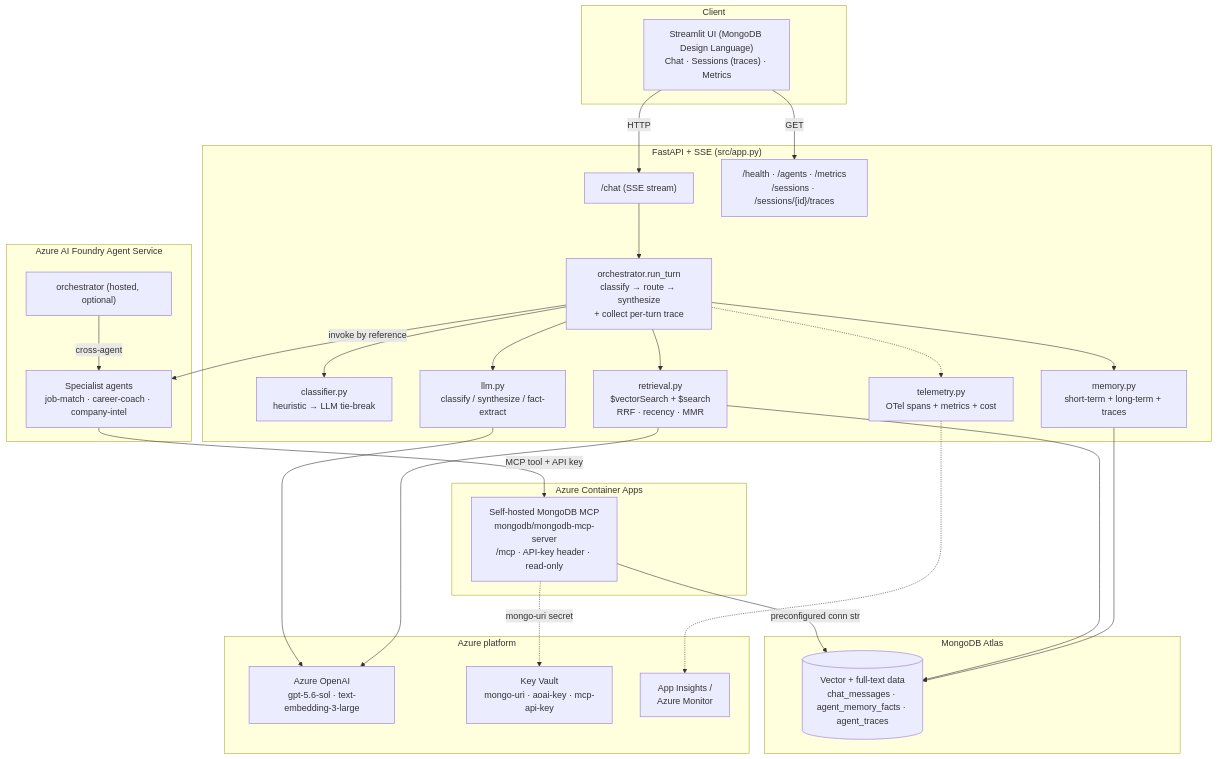
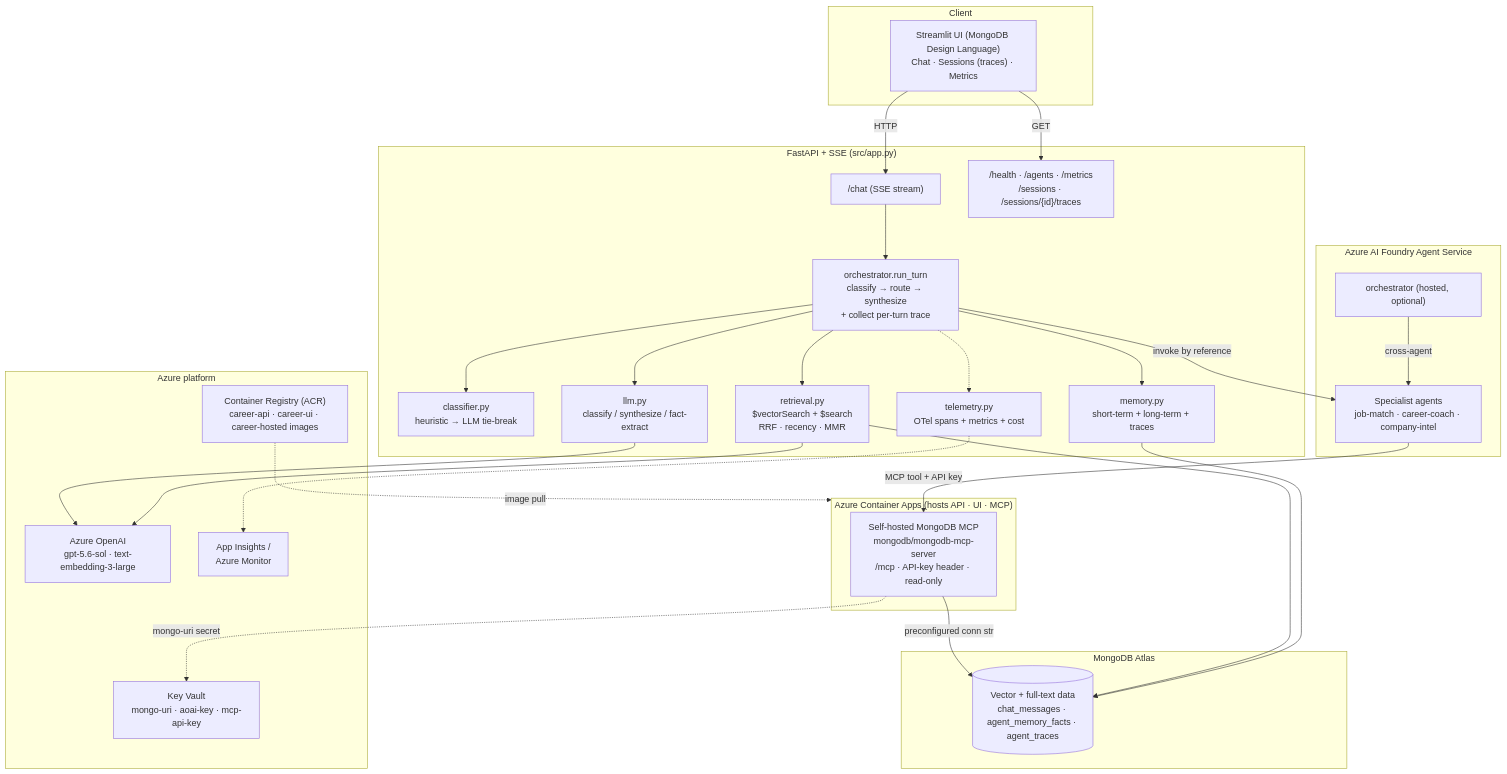
Before and after one commit to mongodb-partners/Azure-Multi-Agent-Guidance: the first of 3 diagrams in README.md, drawn with Mermaid. The commit also changed other lines of this file and 10 other files, not shown here.

````diff
--- a/README.md
+++ b/README.md
@@ -109,55 +109,57 @@
 ```mermaid
 flowchart TB
     subgraph Client
         UI["Streamlit UI (MongoDB Design Language)<br/>Chat · Sessions (traces) · Metrics"]
     end
 
     subgraph API["FastAPI + SSE  (src/app.py)"]
         CHAT["/chat  (SSE stream)"]
         HEALTH["/health · /agents · /metrics<br/>/sessions · /sessions/{id}/traces"]
         ORCH["orchestrator.run_turn<br/>classify → route → synthesize<br/>+ collect per-turn trace"]
         CLS["classifier.py<br/>heuristic → LLM tie-break"]
         RET["retrieval.py<br/>$vectorSearch + $search<br/>RRF · recency · MMR"]
         LLM["llm.py<br/>classify / synthesize / fact-extract"]
         MEM["memory.py<br/>short-term + long-term + traces"]
         TEL["telemetry.py<br/>OTel spans + metrics + cost"]
         CHAT --> ORCH
         ORCH --> CLS
         ORCH --> RET
         ORCH --> LLM
         ORCH --> MEM
         ORCH -.-> TEL
     end
 
     subgraph Foundry["Azure AI Foundry Agent Service"]
         SPEC["Specialist agents<br/>job-match · career-coach · company-intel"]
         ORCHA["orchestrator (hosted, optional)"]
     end
 
-    subgraph ACA["Azure Container Apps"]
+    subgraph ACA["Azure Container Apps (hosts API · UI · MCP)"]
         MCP["Self-hosted MongoDB MCP<br/>mongodb/mongodb-mcp-server<br/>/mcp · API-key header · read-only"]
     end
 
     subgraph MongoDB["MongoDB Atlas"]
         DATA[("Vector + full-text data<br/>chat_messages · agent_memory_facts · agent_traces")]
     end
 
     subgraph Azure["Azure platform"]
         AOAI["Azure OpenAI<br/>gpt-5.6-sol · text-embedding-3-large"]
         KV["Key Vault<br/>mongo-uri · aoai-key · mcp-api-key"]
         AI["App Insights /<br/>Azure Monitor"]
+        ACR["Container Registry (ACR)<br/>career-api · career-ui · career-hosted images"]
     end
 
     UI -->|HTTP| CHAT
     UI -->|GET| HEALTH
     ORCH -->|invoke by reference| SPEC
     SPEC -->|MCP tool + API key| MCP
     MCP -->|preconfigured conn str| DATA
     RET --> DATA
     MEM --> DATA
     LLM --> AOAI
     RET --> AOAI
     MCP -.->|mongo-uri secret| KV
     TEL -.-> AI
     ORCHA -->|cross-agent| SPEC
+    ACR -.->|image pull| ACA
 ```
````
